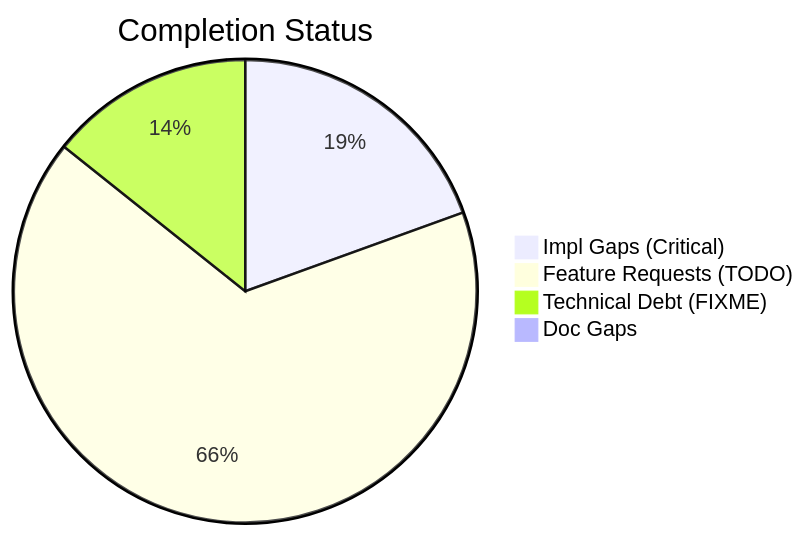
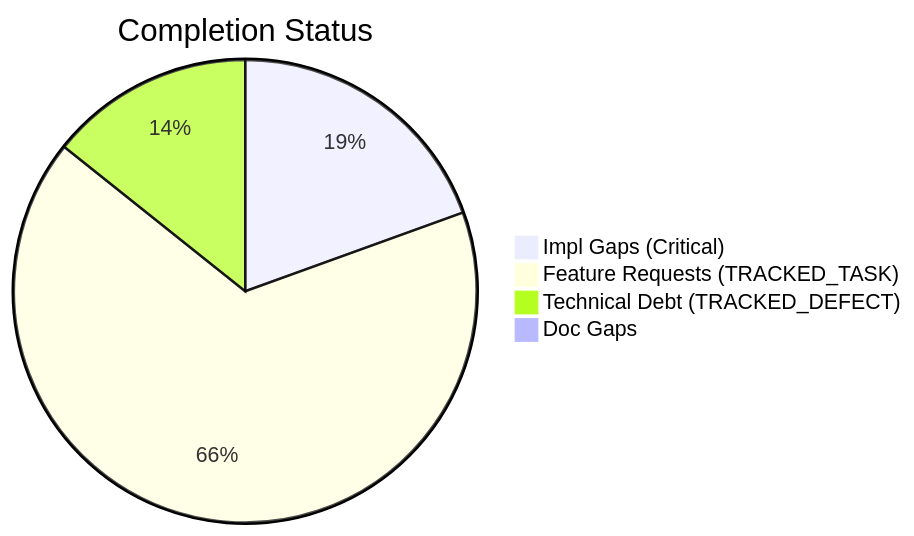
One commit to D-sorganization/Tools changed the first of 2 diagrams in docs/assessments/completist/Completist_Report_2026-03-22.md. Above: the diagram before and after it, drawn with Mermaid. The commit also changed other lines of this file and 101 other files, not shown here.

````diff
--- a/docs/assessments/completist/Completist_Report_2026-03-22.md
+++ b/docs/assessments/completist/Completist_Report_2026-03-22.md
@@ -11,7 +11,7 @@
 ```mermaid
 pie title Completion Status
     "Impl Gaps (Critical)" : 15
-    "Feature Requests (TODO)" : 51
-    "Technical Debt (FIXME)" : 11
+    "Feature Requests (TRACKED_TASK)" : 51
+    "Technical Debt (TRACKED_DEFECT)" : 11
     "Doc Gaps" : 0
 ```
````
